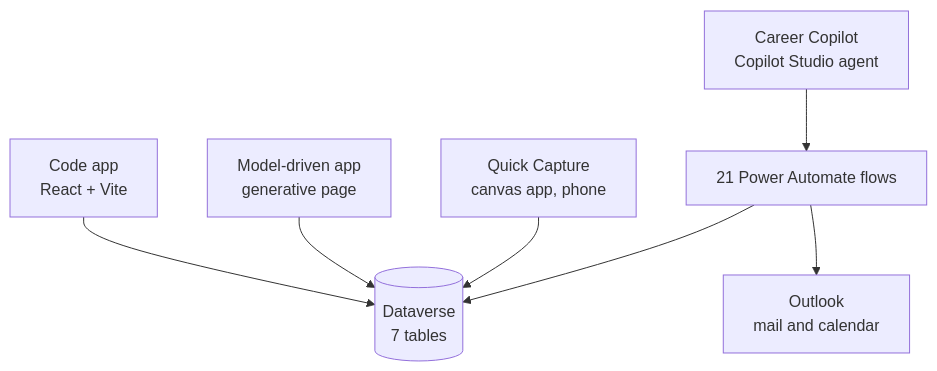
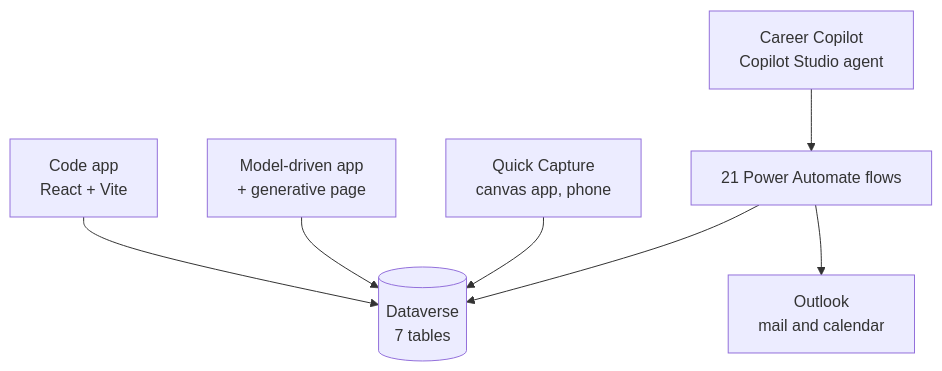
Before and after one commit to EngineerTheWay/CareerDevelopmentHub: the diagram in README.md, drawn with Mermaid. The commit also changed other lines of this file, not shown here.

````diff
--- a/README.md
+++ b/README.md
@@ -18,14 +26,14 @@
 ```mermaid
 flowchart TD
     A["Career Copilot<br/>Copilot Studio agent"]
     B["Code app<br/>React + Vite"]
-    C["Model-driven app<br/>generative page"]
+    C["Model-driven app<br/>+ generative page"]
     D["Quick Capture<br/>canvas app, phone"]
 
     A --> F["21 Power Automate flows"]
     F --> DV[("Dataverse<br/>7 tables")]
     B --> DV
     C --> DV
     D --> DV
     F --> EXT["Outlook<br/>mail and calendar"]
 ```
````
